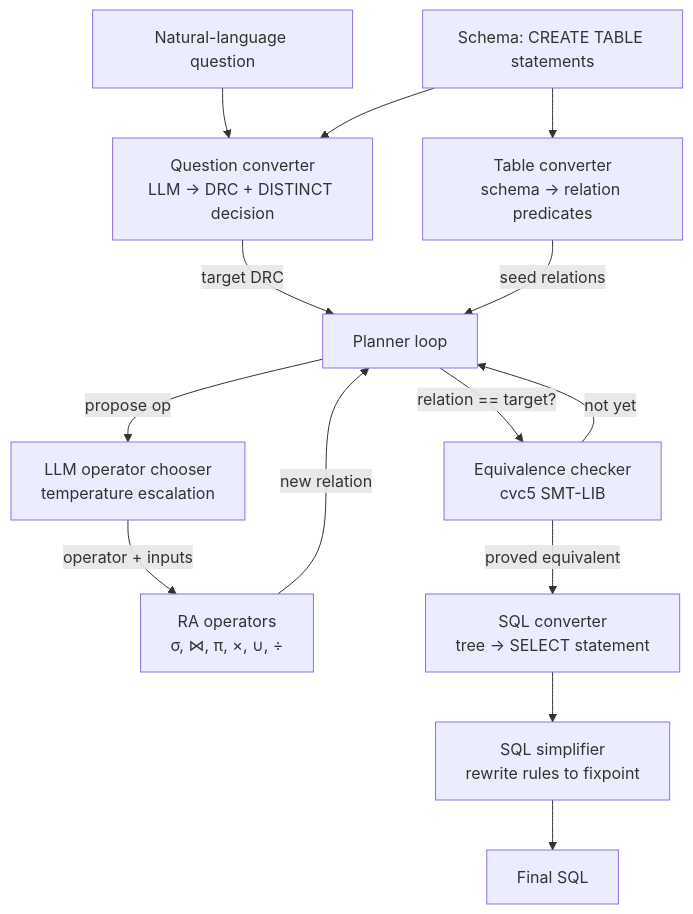
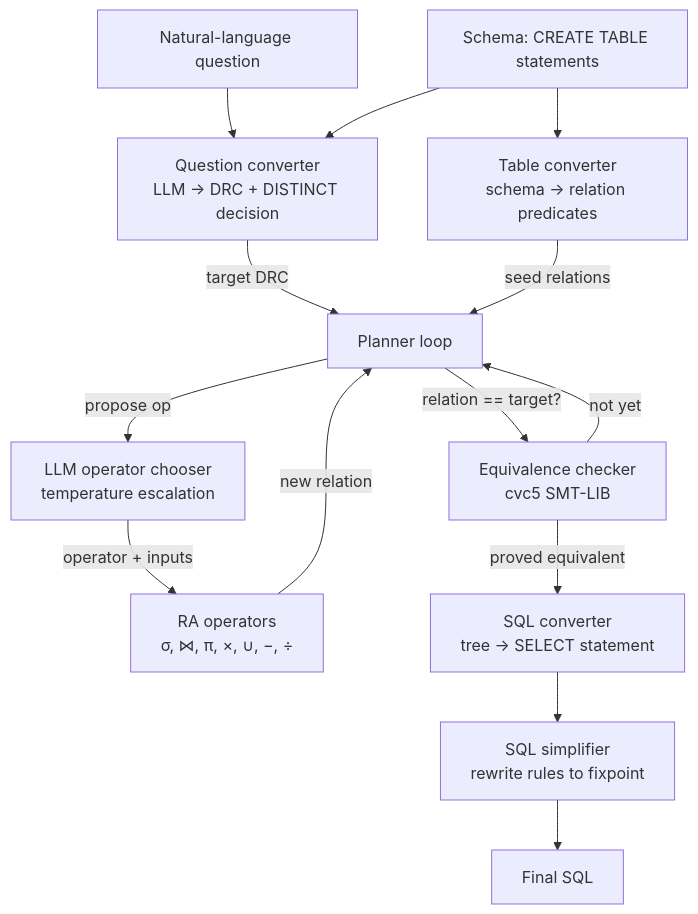
Before and after one commit to aws-samples/sample-neurosymbolic-text-to-SQL-with-symbolic-planner: the diagram in README.md, drawn with Mermaid. The commit also changed other lines of this file and 16 other files, not shown here.

````diff
--- a/README.md
+++ b/README.md
@@ -148,31 +148,31 @@
 ```mermaid
 flowchart TD
     Q[Natural-language question]
     S[Schema: CREATE TABLE statements]
 
     QC[Question converter<br/>LLM → DRC + DISTINCT decision]
     TC[Table converter<br/>schema → relation predicates]
 
     P[Planner loop]
     LLM[LLM operator chooser<br/>temperature escalation]
-    OPS[RA operators<br/>σ, ⋈, π, ×, ∪, ÷]
+    OPS[RA operators<br/>σ, ⋈, π, ×, ∪, −, ÷]
     EQ[Equivalence checker<br/>cvc5 SMT-LIB]
 
     SQL[SQL converter<br/>tree → SELECT statement]
     SIMP[SQL simplifier<br/>rewrite rules to fixpoint]
 
     OUT[Final SQL]
 
     Q --> QC
     S --> TC
     S --> QC
     QC -->|target DRC| P
     TC -->|seed relations| P
     P -->|propose op| LLM
     LLM -->|operator + inputs| OPS
     OPS -->|new relation| P
     P -->|relation == target?| EQ
     EQ -- not yet --> P
     EQ -- proved equivalent --> SQL
     SQL --> SIMP --> OUT
 ```
````
